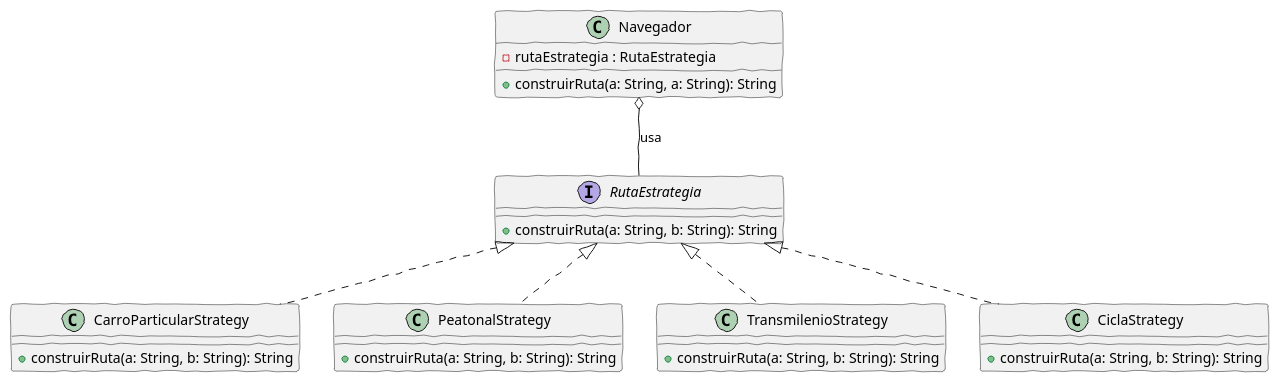
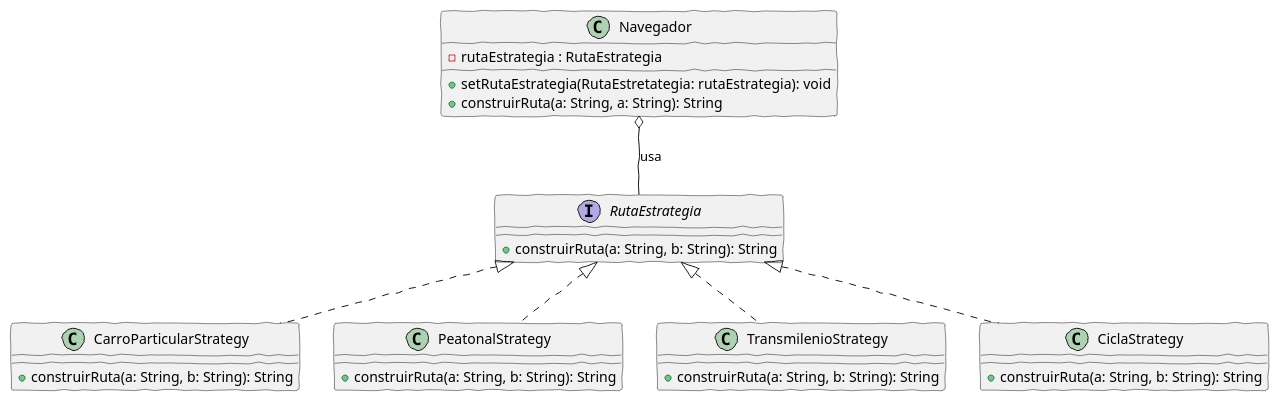
The diagram in uml.plantuml (Ag-Tachyon/StrategyModelos), drawn with PlantUML before and after one commit.

Commit message:
Refactor (uml.plantuml): Modificando los métodos del navegador

```diff
--- a/uml.plantuml
+++ b/uml.plantuml
@@ -1,37 +1,38 @@
 @startuml strategy
 skinparam handwritten true
 
 interface RutaEstrategia {
     + construirRuta(a: String, b: String): String
 }
 
 class Navegador {
     - rutaEstrategia : RutaEstrategia
+    + setRutaEstrategia(RutaEstretategia: rutaEstrategia): void
     + construirRuta(a: String, a: String): String
 }
 
 class CarroParticularStrategy {
     + construirRuta(a: String, b: String): String
 }
 
 class PeatonalStrategy {
     + construirRuta(a: String, b: String): String
 }
 
 class TransmilenioStrategy {
     + construirRuta(a: String, b: String): String
 }
 
 class CiclaStrategy {
     + construirRuta(a: String, b: String): String
 }
 
 ' Relaciones
 Navegador o-- RutaEstrategia : "usa"
 
 RutaEstrategia <|.. CarroParticularStrategy
 RutaEstrategia <|.. TransmilenioStrategy
 RutaEstrategia <|.. CiclaStrategy
 RutaEstrategia <|.. PeatonalStrategy
 
 @enduml
```
